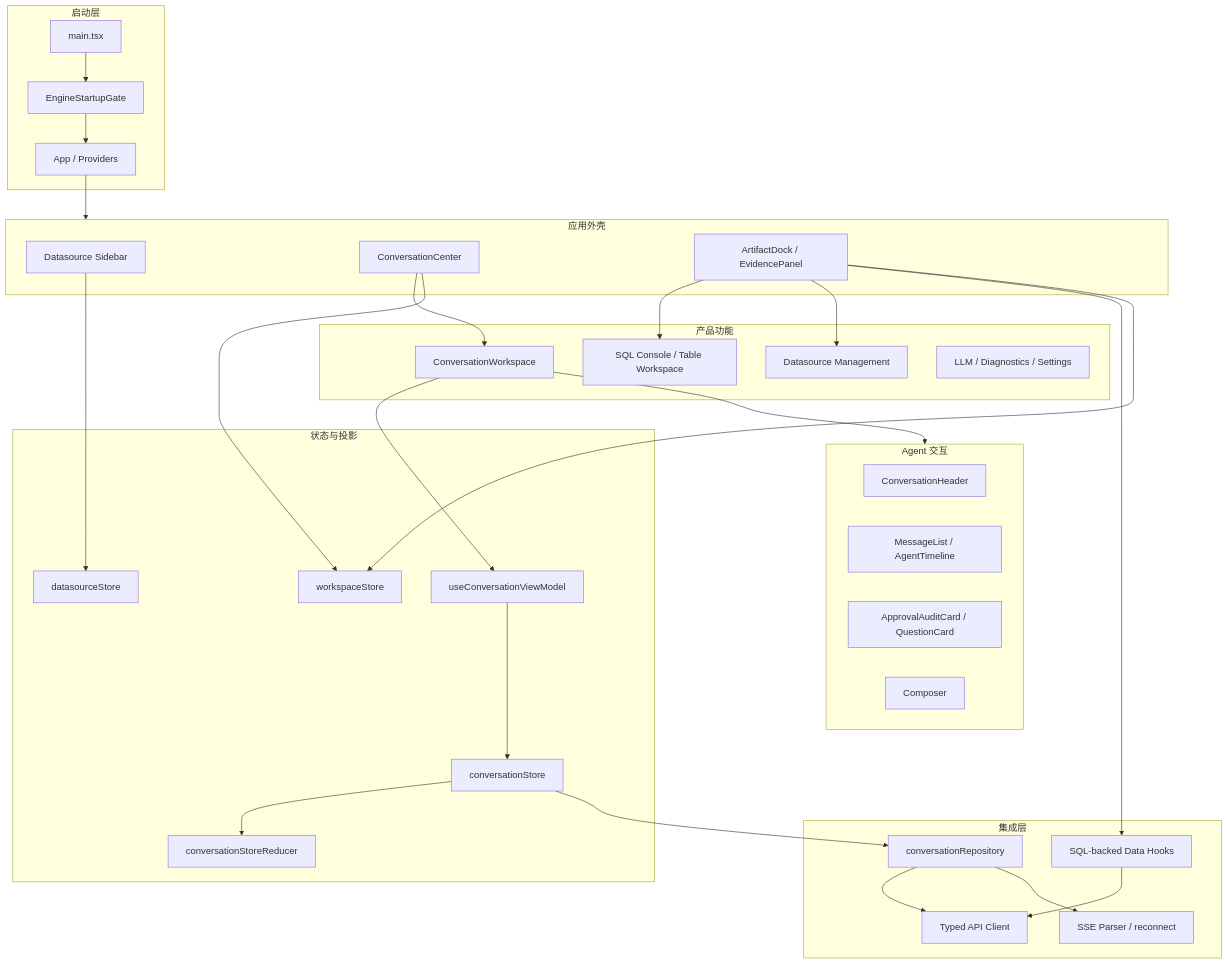
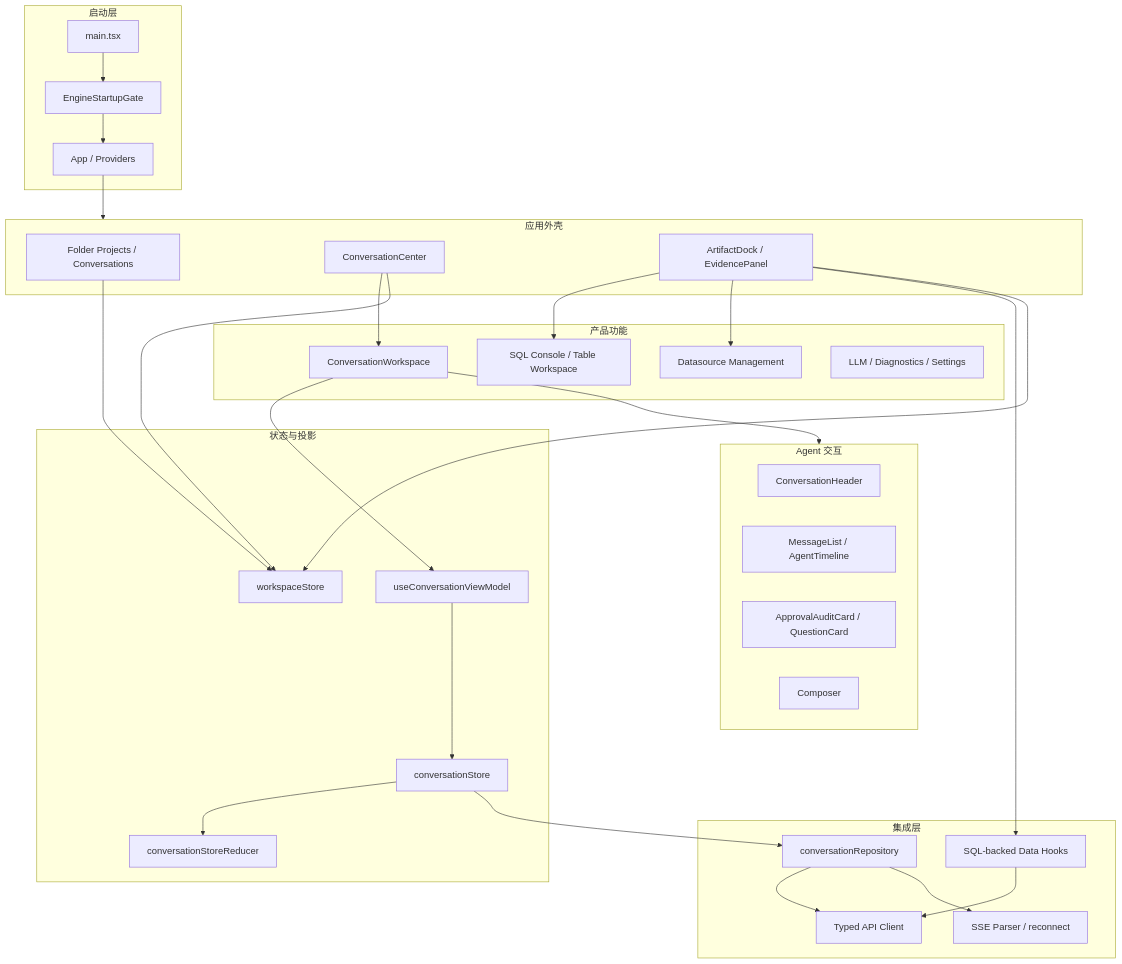
The first of 5 diagrams in docs/architecture/frontend.md (trrueee/DBFox), drawn with Mermaid before and after one commit. The commit also changed other lines of this file and 312 other files, not shown here.

````diff
--- a/docs/architecture/frontend.md
+++ b/docs/architecture/frontend.md
@@ -19,60 +19,59 @@
 ```mermaid
 flowchart TB
   subgraph Boot["启动层"]
     MAIN["main.tsx"]
     GATE["EngineStartupGate"]
     APP["App / Providers"]
   end
 
   subgraph Shell["应用外壳"]
-    SIDEBAR["Datasource Sidebar"]
+    SIDEBAR["Folder Projects / Conversations"]
     CENTER["ConversationCenter"]
     DOCK["WorkspaceDock"]
   end
 
   subgraph Features["产品功能"]
     CONV["ConversationWorkspace"]
     SQL["SQL Console / Table Workspace"]
     DS["Datasource Management"]
     SETTINGS["LLM / Diagnostics / Settings"]
   end
 
   subgraph Conversation["Agent 交互"]
     HEADER["ConversationHeader"]
     MESSAGES["MessageList / AgentTimeline"]
     INTERRUPT["ApprovalAuditCard / QuestionCard"]
     COMPOSER["Composer"]
     DOCK["ArtifactDock / EvidencePanel"]
   end
 
   subgraph State["状态与投影"]
     WORKSPACE["workspaceStore"]
-    DATASOURCE["datasourceStore"]
     STORE["conversationStore"]
     REDUCER["conversationStoreReducer"]
     VM["useConversationViewModel"]
   end
 
   subgraph Integration["集成层"]
     REPO["conversationRepository"]
     API["Typed API Client"]
     SSE["SSE Parser / reconnect"]
     RESULT["SQL-backed Data Hooks"]
   end
 
   MAIN --> GATE --> APP --> Shell
   CENTER --> CONV
   DOCK --> SQL
   DOCK --> DS
   CONV --> Conversation
   CONV --> VM
   VM --> STORE
   STORE --> REDUCER
   STORE --> REPO
   REPO --> API
   REPO --> SSE
   DOCK --> RESULT --> API
   CENTER --> WORKSPACE
   DOCK --> WORKSPACE
-  SIDEBAR --> DATASOURCE
+  SIDEBAR --> WORKSPACE
 ```
````
